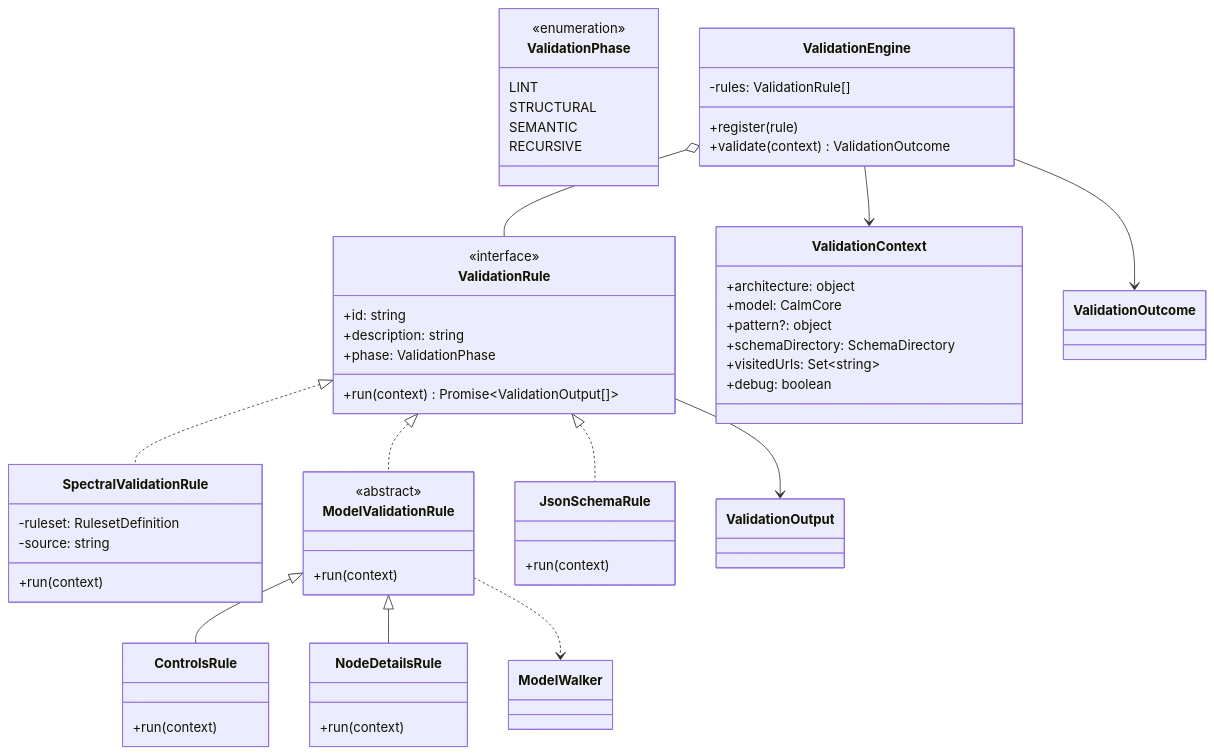
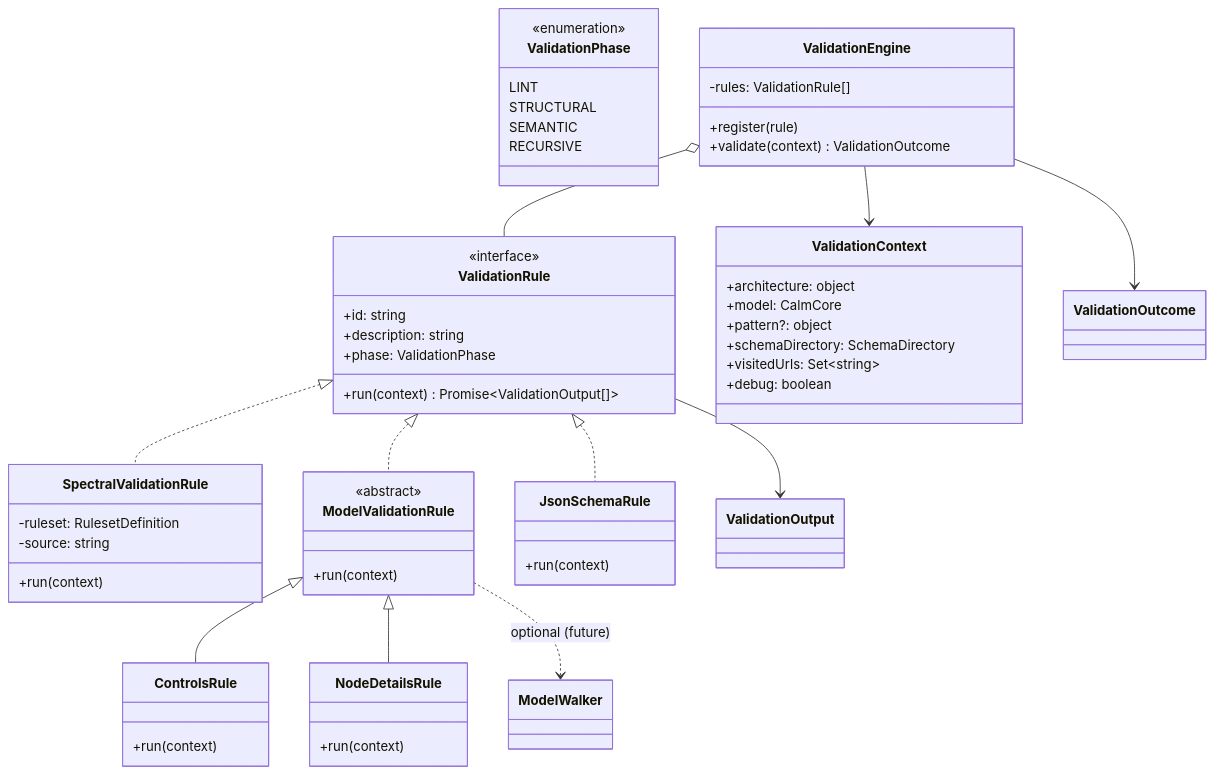
One commit to LeighFinegold/architecture-as-code changed the fourth of 5 diagrams in shared/src/commands/validate/VALIDATION_DESIGN.md. Above: the diagram before and after it, drawn with Mermaid. The commit also changed other lines of this file and 10 other files, not shown here.

````diff
--- a/shared/src/commands/validate/VALIDATION_DESIGN.md
+++ b/shared/src/commands/validate/VALIDATION_DESIGN.md
@@ -228,59 +240,59 @@
 ```mermaid
 classDiagram
     class ValidationRule {
         <<interface>>
         +id: string
         +description: string
         +phase: ValidationPhase
         +run(context) Promise~ValidationOutput[]~
     }
     class ValidationContext {
         +architecture: object
         +model: CalmCore
         +pattern?: object
         +schemaDirectory: SchemaDirectory
         +visitedUrls: Set~string~
         +debug: boolean
     }
     class ValidationPhase {
         <<enumeration>>
         LINT
         STRUCTURAL
         SEMANTIC
         RECURSIVE
     }
     class SpectralValidationRule {
         -ruleset: RulesetDefinition
         -source: string
         +run(context)
     }
     class ModelValidationRule {
         <<abstract>>
         +run(context)
     }
     class ControlsRule {
         +run(context)
     }
     class NodeDetailsRule {
         +run(context)
     }
     class JsonSchemaRule {
         +run(context)
     }
     class ValidationEngine {
         -rules: ValidationRule[]
         +register(rule)
         +validate(context) ValidationOutcome
     }
 
     ValidationRule <|.. SpectralValidationRule
     ValidationRule <|.. JsonSchemaRule
     ValidationRule <|.. ModelValidationRule
     ModelValidationRule <|-- ControlsRule
     ModelValidationRule <|-- NodeDetailsRule
-    ModelValidationRule ..> ModelWalker
+    ModelValidationRule ..> ModelWalker : optional (future)
     ValidationEngine o-- ValidationRule
     ValidationEngine --> ValidationContext
     ValidationEngine --> ValidationOutcome
     ValidationRule --> ValidationOutput
 ```
````
